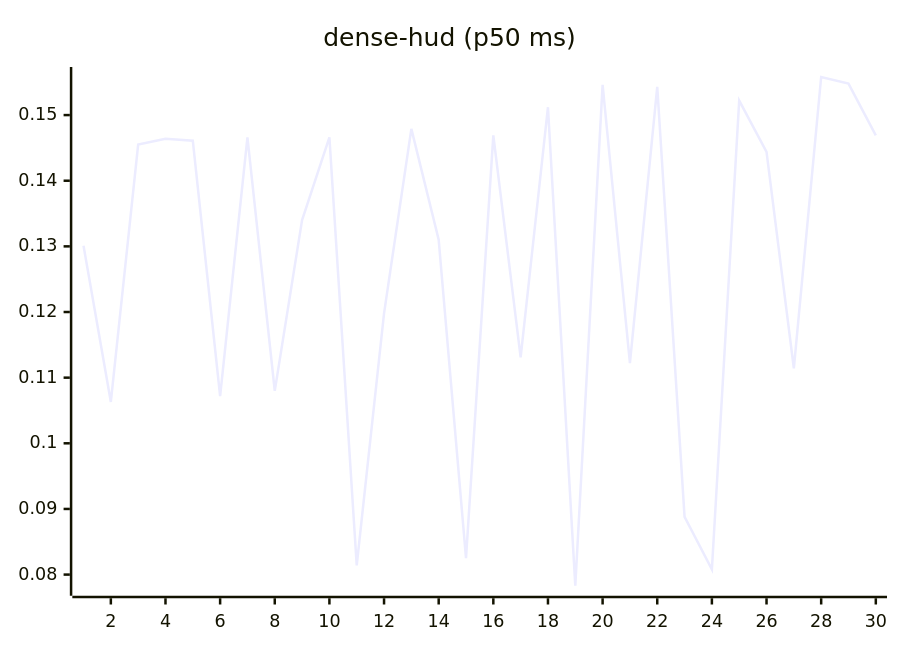
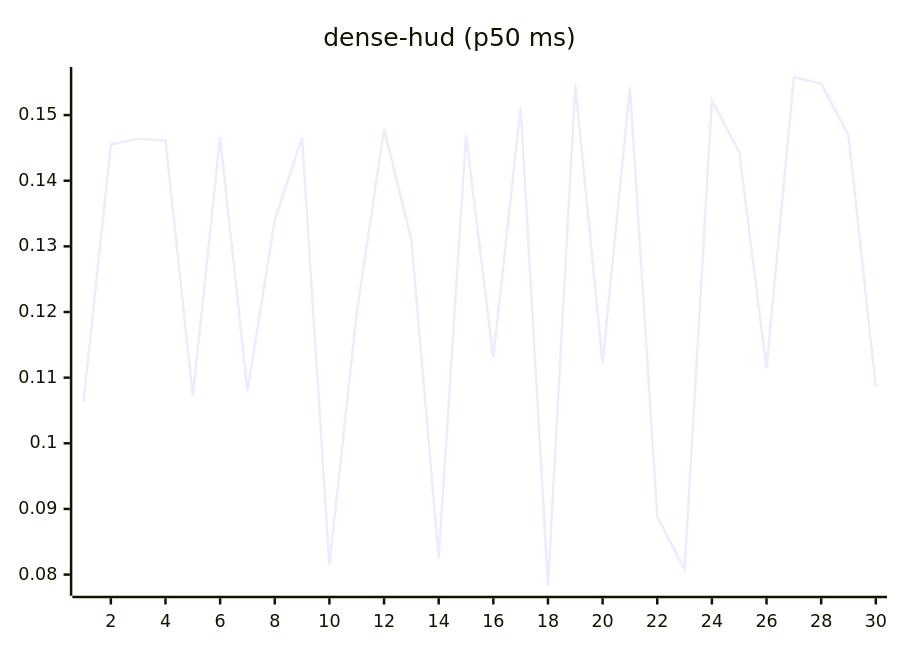
The eighth of 27 diagrams in README.md (josha/Facet), drawn with Mermaid before and after one commit. The commit also changed other lines of this file and 2 other files, not shown here.

````diff
--- a/README.md
+++ b/README.md
@@ -112,6 +112,6 @@
 ```mermaid
 xychart-beta
     title "dense-hud (p50 ms)"
     x-axis 1 --> 30
-    line [0.1301, 0.1063, 0.1455, 0.1464, 0.1461, 0.1072, 0.1466, 0.1080, 0.1340, 0.1466, 0.0814, 0.1198, 0.1479, 0.1310, 0.0825, 0.1469, 0.1131, 0.1512, 0.0783, 0.1546, 0.1122, 0.1543, 0.0888, 0.0808, 0.1522, 0.1444, 0.1114, 0.1558, 0.1548, 0.1469]
+    line [0.1063, 0.1455, 0.1464, 0.1461, 0.1072, 0.1466, 0.1080, 0.1340, 0.1466, 0.0814, 0.1198, 0.1479, 0.1310, 0.0825, 0.1469, 0.1131, 0.1512, 0.0783, 0.1546, 0.1122, 0.1543, 0.0888, 0.0808, 0.1522, 0.1444, 0.1114, 0.1558, 0.1548, 0.1469, 0.1086]
 ```
````
